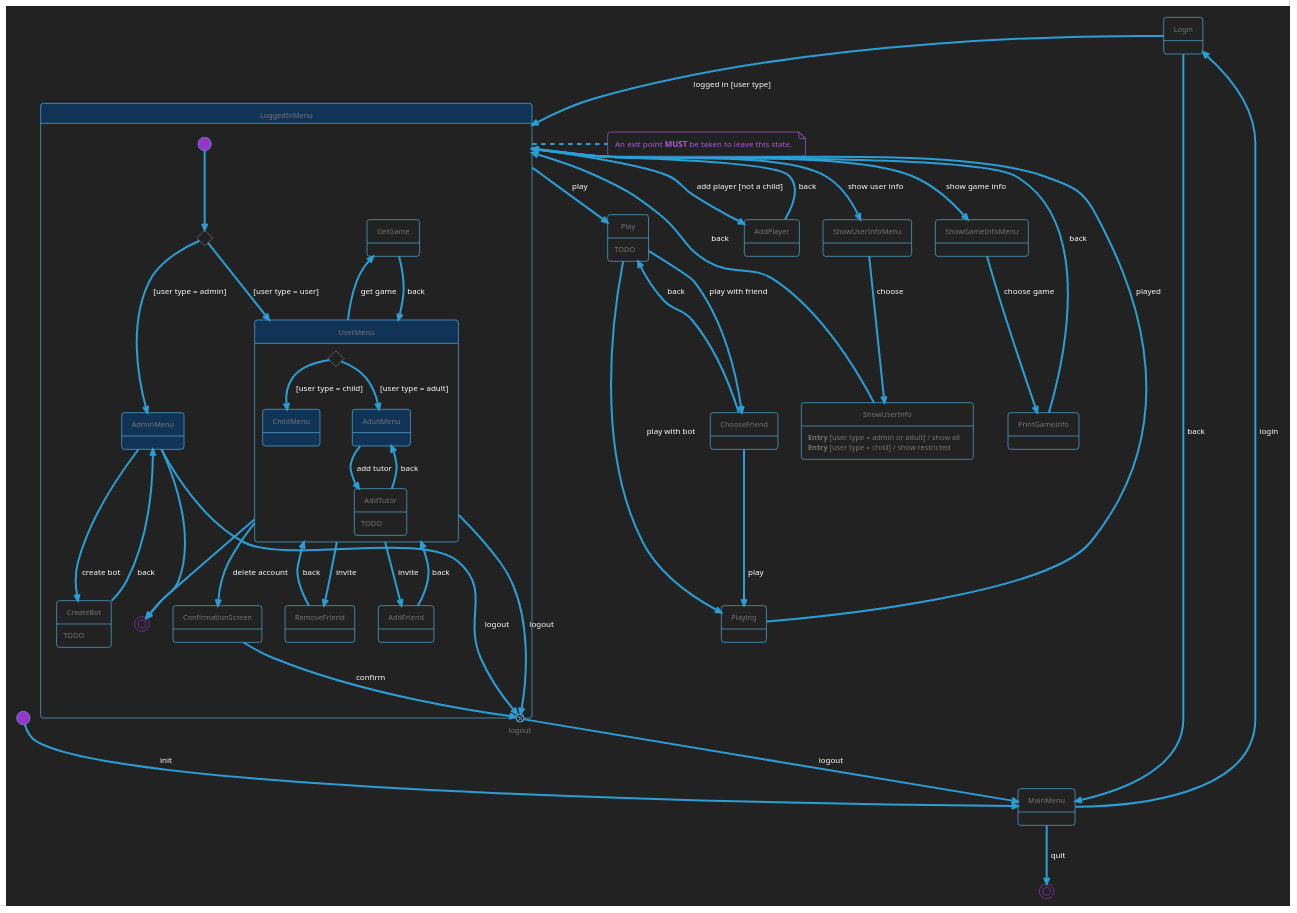
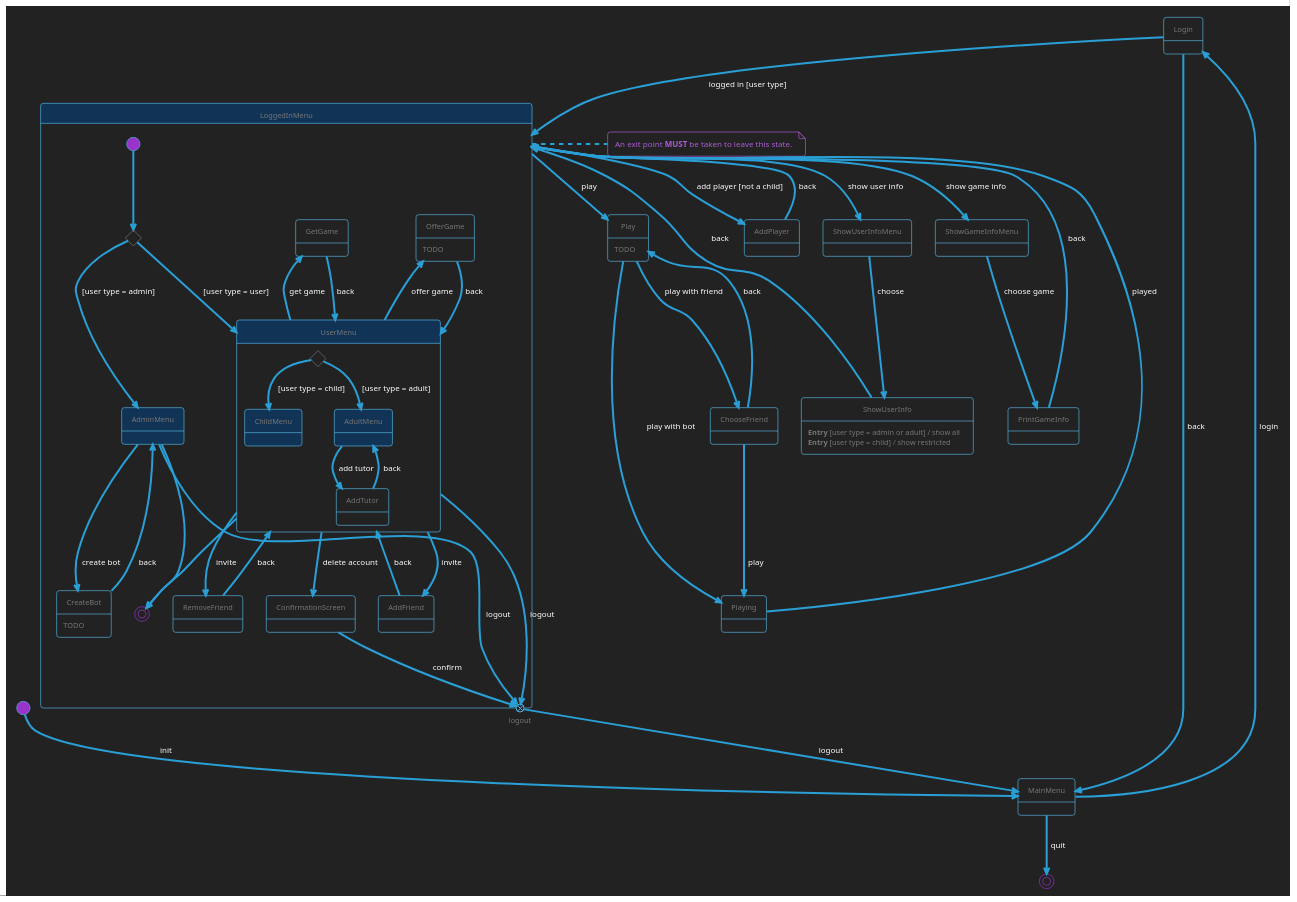
One commit to Picorims/game-hub changed the diagram in docs/menu_state_machine.plantuml. Above: the diagram before and after it, drawn with PlantUML. The commit also changed 3 other files, not shown here.

```diff
--- a/docs/menu_state_machine.plantuml
+++ b/docs/menu_state_machine.plantuml
@@ -1,114 +1,117 @@
 @startuml menu_state_machine
 'MIT License
 '
 'Copyright (c) 2023 Picorims alias Charly Schmidt
 '
 'Permission is hereby granted, free of charge, to any person obtaining a copy
 'of this software and associated documentation files (the "Software"), to deal
 'in the Software without restriction, including without limitation the rights
 'to use, copy, modify, merge, publish, distribute, sublicense, and/or sell
 'copies of the Software, and to permit persons to whom the Software is
 'furnished to do so, subject to the following conditions:
 '
 'The above copyright notice and this permission notice shall be included in all
 'copies or substantial portions of the Software.
 '
 'THE SOFTWARE IS PROVIDED "AS IS", WITHOUT WARRANTY OF ANY KIND, EXPRESS OR
 'IMPLIED, INCLUDING BUT NOT LIMITED TO THE WARRANTIES OF MERCHANTABILITY,
 'FITNESS FOR A PARTICULAR PURPOSE AND NONINFRINGEMENT. IN NO EVENT SHALL THE
 'AUTHORS OR COPYRIGHT HOLDERS BE LIABLE FOR ANY CLAIM, DAMAGES OR OTHER
 'LIABILITY, WHETHER IN AN ACTION OF CONTRACT, TORT OR OTHERWISE, ARISING FROM,
 'OUT OF OR IN CONNECTION WITH THE SOFTWARE OR THE USE OR OTHER DEALINGS IN THE
 'SOFTWARE.
 
 !theme cyborg-outline
 skinparam BackgroundColor #222222
 
 state ShowUserInfoMenu
 state ShowGameInfoMenu
 state AddPlayer
 
 [*] --> MainMenu: init
 
 MainMenu --> Login: login
 MainMenu --> [*]: quit
 
 Login --> LoggedInMenu: logged in [user type]
 Login --> MainMenu: back
 
 state LoggedInMenu #113355 {
     state logout <<exitPoint>>
 
     state loginChoice <<choice>>
     [*] --> loginChoice
     loginChoice --> UserMenu: [user type = user]
     loginChoice --> AdminMenu: [user type = admin]
 
     state AdminMenu #113355
     AdminMenu --> logout: logout
     AdminMenu --> CreateBot: create bot
     AdminMenu --> [*]
 
     CreateBot --> AdminMenu: back
     CreateBot: TODO
 
     state UserMenu #113355 {
         state userChoice <<choice>>
         userChoice --> ChildMenu: [user type = child]
         userChoice --> AdultMenu: [user type = adult]
 
         state ChildMenu #113355
 
         state AdultMenu #113355
         AdultMenu --> AddTutor: add tutor
 
         AddTutor --> AdultMenu: back
-        AddTutor: TODO
     }
     UserMenu --> AddFriend: invite
     UserMenu --> RemoveFriend: invite
     UserMenu -up-> GetGame: get game
+    UserMenu -up-> OfferGame: offer game
     UserMenu --> logout: logout
     UserMenu --> ConfirmationScreen: delete account
     UserMenu --> [*]
 
     ConfirmationScreen --> logout: confirm
 
     GetGame --> UserMenu: back
+    
+    OfferGame --> UserMenu: back
+    OfferGame: TODO
 
     AddFriend --> UserMenu: back
 
     RemoveFriend --> UserMenu: back
 }
 logout --> MainMenu: logout
 LoggedInMenu --> ShowUserInfoMenu: show user info
 LoggedInMenu --> ShowGameInfoMenu: show game info
 LoggedInMenu --> AddPlayer: add player [not a child]
 LoggedInMenu --> Play: play
 
 note right of LoggedInMenu
     An exit point <b>MUST</b> be taken to leave this state.
 end note
 
 ShowUserInfoMenu --> ShowUserInfo: choose
 
 ShowUserInfo: <b>Entry</b> [user type = admin or adult] / show all
 ShowUserInfo: <b>Entry</b> [user type = child] / show restricted
 ShowUserInfo --> LoggedInMenu: back
 
 ShowGameInfoMenu --> PrintGameInfo: choose game
 
 PrintGameInfo --> LoggedInMenu: back
 
 AddPlayer --> LoggedInMenu: back
 
 Play --> ChooseFriend: play with friend
 Play --> Playing: play with bot
 Play: TODO
 
 ChooseFriend --> Playing: play
 ChooseFriend --> Play: back
 
 Playing --> LoggedInMenu: played
 
 @enduml
```
